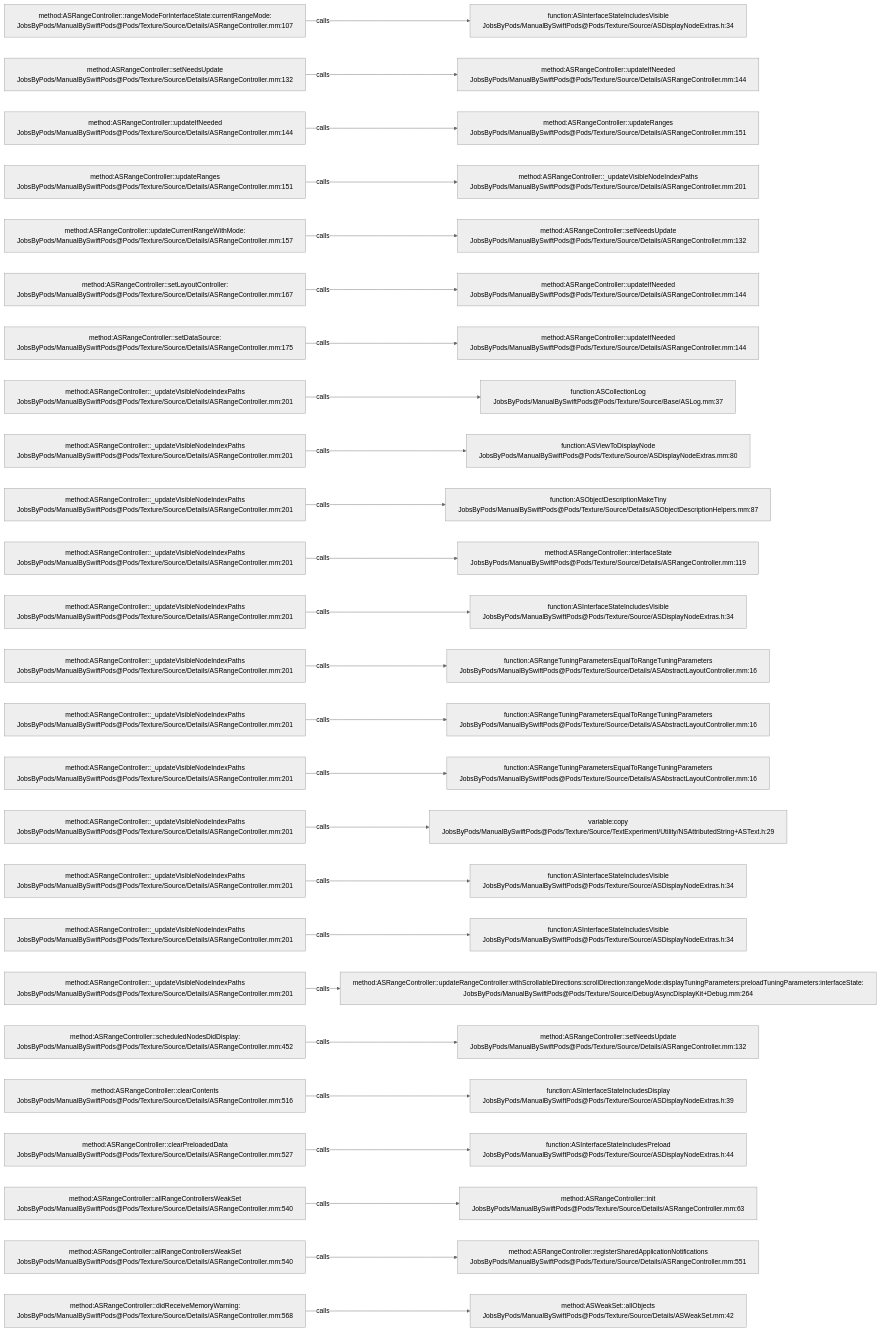
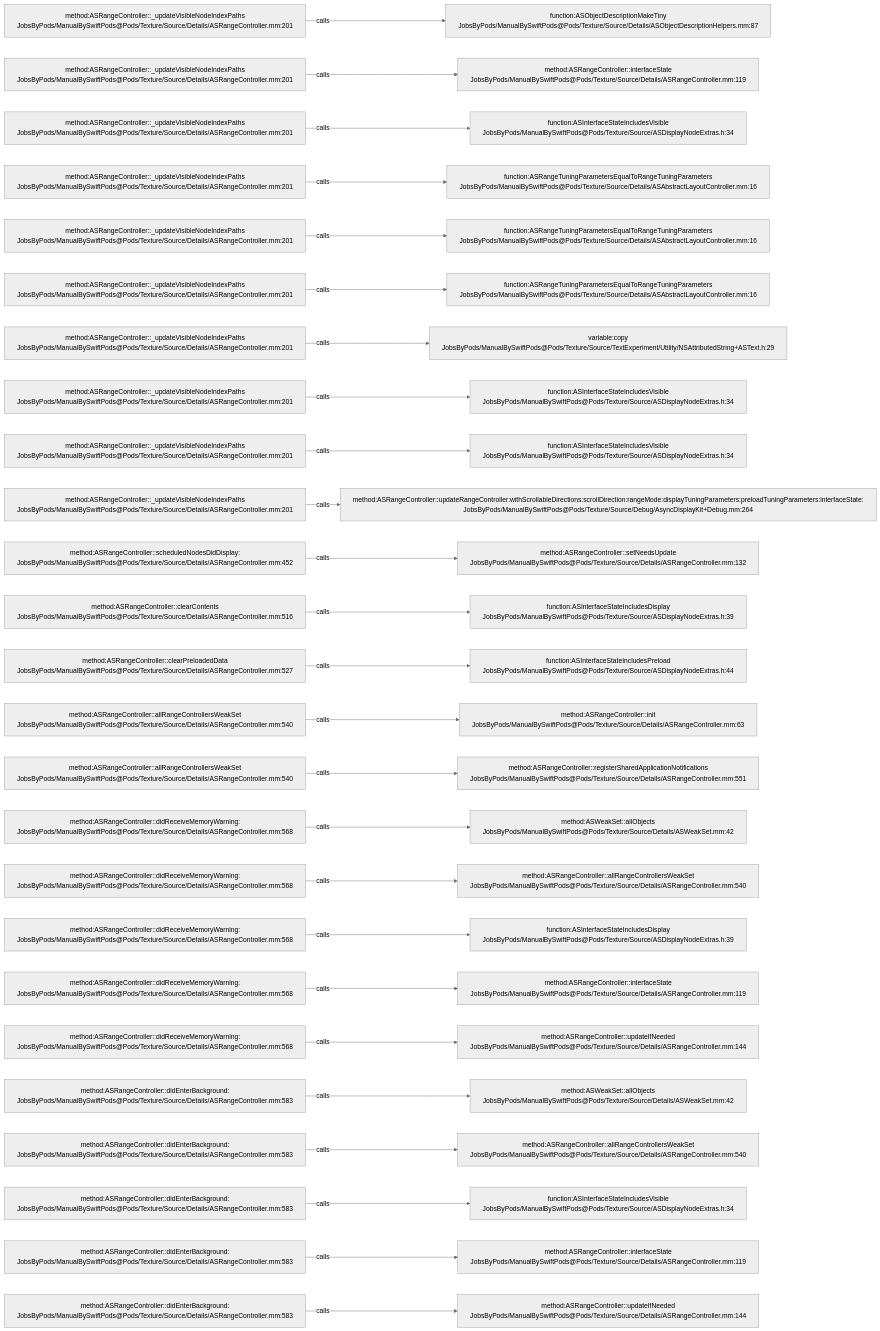
One commit to JobsKits/JobsSwiftBaseConfigDemo changed the diagram in .codegraph/codegraph.md/graphs/calls-094.md. Above: the diagram before and after it, drawn with Mermaid (neutral theme). The commit also changed 707 other files, not shown here.

````diff
--- a/.codegraph/codegraph.md/graphs/calls-094.md
+++ b/.codegraph/codegraph.md/graphs/calls-094.md
@@ -13,78 +13,78 @@
 ```mermaid
 flowchart LR
-  S1["method:ASRangeController::rangeModeForInterfaceState:currentRangeMode:<br/>JobsByPods/ManualBySwiftPods@Pods/Texture/Source/Details/ASRangeController.mm:107"]
-  T1["function:ASInterfaceStateIncludesVisible<br/>JobsByPods/ManualBySwiftPods@Pods/Texture/Source/ASDisplayNodeExtras.h:34"]
+  S1["method:ASRangeController::_updateVisibleNodeIndexPaths<br/>JobsByPods/ManualBySwiftPods@Pods/Texture/Source/Details/ASRangeController.mm:201"]
+  T1["function:ASObjectDescriptionMakeTiny<br/>JobsByPods/ManualBySwiftPods@Pods/Texture/Source/Details/ASObjectDescriptionHelpers.mm:87"]
   S1 -->|calls| T1
-  S2["method:ASRangeController::setNeedsUpdate<br/>JobsByPods/ManualBySwiftPods@Pods/Texture/Source/Details/ASRangeController.mm:132"]
-  T2["method:ASRangeController::updateIfNeeded<br/>JobsByPods/ManualBySwiftPods@Pods/Texture/Source/Details/ASRangeController.mm:144"]
+  S2["method:ASRangeController::_updateVisibleNodeIndexPaths<br/>JobsByPods/ManualBySwiftPods@Pods/Texture/Source/Details/ASRangeController.mm:201"]
+  T2["method:ASRangeController::interfaceState<br/>JobsByPods/ManualBySwiftPods@Pods/Texture/Source/Details/ASRangeController.mm:119"]
   S2 -->|calls| T2
-  S3["method:ASRangeController::updateIfNeeded<br/>JobsByPods/ManualBySwiftPods@Pods/Texture/Source/Details/ASRangeController.mm:144"]
-  T3["method:ASRangeController::updateRanges<br/>JobsByPods/ManualBySwiftPods@Pods/Texture/Source/Details/ASRangeController.mm:151"]
+  S3["method:ASRangeController::_updateVisibleNodeIndexPaths<br/>JobsByPods/ManualBySwiftPods@Pods/Texture/Source/Details/ASRangeController.mm:201"]
+  T3["function:ASInterfaceStateIncludesVisible<br/>JobsByPods/ManualBySwiftPods@Pods/Texture/Source/ASDisplayNodeExtras.h:34"]
   S3 -->|calls| T3
-  S4["method:ASRangeController::updateRanges<br/>JobsByPods/ManualBySwiftPods@Pods/Texture/Source/Details/ASRangeController.mm:151"]
-  T4["method:ASRangeController::_updateVisibleNodeIndexPaths<br/>JobsByPods/ManualBySwiftPods@Pods/Texture/Source/Details/ASRangeController.mm:201"]
+  S4["method:ASRangeController::_updateVisibleNodeIndexPaths<br/>JobsByPods/ManualBySwiftPods@Pods/Texture/Source/Details/ASRangeController.mm:201"]
+  T4["function:ASRangeTuningParametersEqualToRangeTuningParameters<br/>JobsByPods/ManualBySwiftPods@Pods/Texture/Source/Details/ASAbstractLayoutController.mm:16"]
   S4 -->|calls| T4
-  S5["method:ASRangeController::updateCurrentRangeWithMode:<br/>JobsByPods/ManualBySwiftPods@Pods/Texture/Source/Details/ASRangeController.mm:157"]
-  T5["method:ASRangeController::setNeedsUpdate<br/>JobsByPods/ManualBySwiftPods@Pods/Texture/Source/Details/ASRangeController.mm:132"]
+  S5["method:ASRangeController::_updateVisibleNodeIndexPaths<br/>JobsByPods/ManualBySwiftPods@Pods/Texture/Source/Details/ASRangeController.mm:201"]
+  T5["function:ASRangeTuningParametersEqualToRangeTuningParameters<br/>JobsByPods/ManualBySwiftPods@Pods/Texture/Source/Details/ASAbstractLayoutController.mm:16"]
   S5 -->|calls| T5
-  S6["method:ASRangeController::setLayoutController:<br/>JobsByPods/ManualBySwiftPods@Pods/Texture/Source/Details/ASRangeController.mm:167"]
-  T6["method:ASRangeController::updateIfNeeded<br/>JobsByPods/ManualBySwiftPods@Pods/Texture/Source/Details/ASRangeController.mm:144"]
+  S6["method:ASRangeController::_updateVisibleNodeIndexPaths<br/>JobsByPods/ManualBySwiftPods@Pods/Texture/Source/Details/ASRangeController.mm:201"]
+  T6["function:ASRangeTuningParametersEqualToRangeTuningParameters<br/>JobsByPods/ManualBySwiftPods@Pods/Texture/Source/Details/ASAbstractLayoutController.mm:16"]
   S6 -->|calls| T6
-  S7["method:ASRangeController::setDataSource:<br/>JobsByPods/ManualBySwiftPods@Pods/Texture/Source/Details/ASRangeController.mm:175"]
-  T7["method:ASRangeController::updateIfNeeded<br/>JobsByPods/ManualBySwiftPods@Pods/Texture/Source/Details/ASRangeController.mm:144"]
+  S7["method:ASRangeController::_updateVisibleNodeIndexPaths<br/>JobsByPods/ManualBySwiftPods@Pods/Texture/Source/Details/ASRangeController.mm:201"]
+  T7["variable:copy<br/>JobsByPods/ManualBySwiftPods@Pods/Texture/Source/TextExperiment/Utility/NSAttributedString+ASText.h:29"]
   S7 -->|calls| T7
   S8["method:ASRangeController::_updateVisibleNodeIndexPaths<br/>JobsByPods/ManualBySwiftPods@Pods/Texture/Source/Details/ASRangeController.mm:201"]
-  T8["function:ASCollectionLog<br/>JobsByPods/ManualBySwiftPods@Pods/Texture/Source/Base/ASLog.mm:37"]
+  T8["function:ASInterfaceStateIncludesVisible<br/>JobsByPods/ManualBySwiftPods@Pods/Texture/Source/ASDisplayNodeExtras.h:34"]
   S8 -->|calls| T8
   S9["method:ASRangeController::_updateVisibleNodeIndexPaths<br/>JobsByPods/ManualBySwiftPods@Pods/Texture/Source/Details/ASRangeController.mm:201"]
-  T9["function:ASViewToDisplayNode<br/>JobsByPods/ManualBySwiftPods@Pods/Texture/Source/ASDisplayNodeExtras.mm:80"]
+  T9["function:ASInterfaceStateIncludesVisible<br/>JobsByPods/ManualBySwiftPods@Pods/Texture/Source/ASDisplayNodeExtras.h:34"]
   S9 -->|calls| T9
   S10["method:ASRangeController::_updateVisibleNodeIndexPaths<br/>JobsByPods/ManualBySwiftPods@Pods/Texture/Source/Details/ASRangeController.mm:201"]
-  T10["function:ASObjectDescriptionMakeTiny<br/>JobsByPods/ManualBySwiftPods@Pods/Texture/Source/Details/ASObjectDescriptionHelpers.mm:87"]
+  T10["method:ASRangeController::updateRangeController:withScrollableDirections:scrollDirection:rangeMode:displayTuningParameters:preloadTuningParameters:interfaceState:<br/>JobsByPods/ManualBySwiftPods@Pods/Texture/Source/Debug/AsyncDisplayKit+Debug.mm:264"]
   S10 -->|calls| T10
-  S11["method:ASRangeController::_updateVisibleNodeIndexPaths<br/>JobsByPods/ManualBySwiftPods@Pods/Texture/Source/Details/ASRangeController.mm:201"]
-  T11["method:ASRangeController::interfaceState<br/>JobsByPods/ManualBySwiftPods@Pods/Texture/Source/Details/ASRangeController.mm:119"]
+  S11["method:ASRangeController::scheduledNodesDidDisplay:<br/>JobsByPods/ManualBySwiftPods@Pods/Texture/Source/Details/ASRangeController.mm:452"]
+  T11["method:ASRangeController::setNeedsUpdate<br/>JobsByPods/ManualBySwiftPods@Pods/Texture/Source/Details/ASRangeController.mm:132"]
   S11 -->|calls| T11
-  S12["method:ASRangeController::_updateVisibleNodeIndexPaths<br/>JobsByPods/ManualBySwiftPods@Pods/Texture/Source/Details/ASRangeController.mm:201"]
-  T12["function:ASInterfaceStateIncludesVisible<br/>JobsByPods/ManualBySwiftPods@Pods/Texture/Source/ASDisplayNodeExtras.h:34"]
+  S12["method:ASRangeController::clearContents<br/>JobsByPods/ManualBySwiftPods@Pods/Texture/Source/Details/ASRangeController.mm:516"]
+  T12["function:ASInterfaceStateIncludesDisplay<br/>JobsByPods/ManualBySwiftPods@Pods/Texture/Source/ASDisplayNodeExtras.h:39"]
   S12 -->|calls| T12
-  S13["method:ASRangeController::_updateVisibleNodeIndexPaths<br/>JobsByPods/ManualBySwiftPods@Pods/Texture/Source/Details/ASRangeController.mm:201"]
-  T13["function:ASRangeTuningParametersEqualToRangeTuningParameters<br/>JobsByPods/ManualBySwiftPods@Pods/Texture/Source/Details/ASAbstractLayoutController.mm:16"]
+  S13["method:ASRangeController::clearPreloadedData<br/>JobsByPods/ManualBySwiftPods@Pods/Texture/Source/Details/ASRangeController.mm:527"]
+  T13["function:ASInterfaceStateIncludesPreload<br/>JobsByPods/ManualBySwiftPods@Pods/Texture/Source/ASDisplayNodeExtras.h:44"]
   S13 -->|calls| T13
-  S14["method:ASRangeController::_updateVisibleNodeIndexPaths<br/>JobsByPods/ManualBySwiftPods@Pods/Texture/Source/Details/ASRangeController.mm:201"]
-  T14["function:ASRangeTuningParametersEqualToRangeTuningParameters<br/>JobsByPods/ManualBySwiftPods@Pods/Texture/Source/Details/ASAbstractLayoutController.mm:16"]
+  S14["method:ASRangeController::allRangeControllersWeakSet<br/>JobsByPods/ManualBySwiftPods@Pods/Texture/Source/Details/ASRangeController.mm:540"]
+  T14["method:ASRangeController::init<br/>JobsByPods/ManualBySwiftPods@Pods/Texture/Source/Details/ASRangeController.mm:63"]
   S14 -->|calls| T14
-  S15["method:ASRangeController::_updateVisibleNodeIndexPaths<br/>JobsByPods/ManualBySwiftPods@Pods/Texture/Source/Details/ASRangeController.mm:201"]
-  T15["function:ASRangeTuningParametersEqualToRangeTuningParameters<br/>JobsByPods/ManualBySwiftPods@Pods/Texture/Source/Details/ASAbstractLayoutController.mm:16"]
+  S15["method:ASRangeController::allRangeControllersWeakSet<br/>JobsByPods/ManualBySwiftPods@Pods/Texture/Source/Details/ASRangeController.mm:540"]
+  T15["method:ASRangeController::registerSharedApplicationNotifications<br/>JobsByPods/ManualBySwiftPods@Pods/Texture/Source/Details/ASRangeController.mm:551"]
   S15 -->|calls| T15
-  S16["method:ASRangeController::_updateVisibleNodeIndexPaths<br/>JobsByPods/ManualBySwiftPods@Pods/Texture/Source/Details/ASRangeController.mm:201"]
-  T16["variable:copy<br/>JobsByPods/ManualBySwiftPods@Pods/Texture/Source/TextExperiment/Utility/NSAttributedString+ASText.h:29"]
+  S16["method:ASRangeController::didReceiveMemoryWarning:<br/>JobsByPods/ManualBySwiftPods@Pods/Texture/Source/Details/ASRangeController.mm:568"]
+  T16["method:ASWeakSet::allObjects<br/>JobsByPods/ManualBySwiftPods@Pods/Texture/Source/Details/ASWeakSet.mm:42"]
   S16 -->|calls| T16
-  S17["method:ASRangeController::_updateVisibleNodeIndexPaths<br/>JobsByPods/ManualBySwiftPods@Pods/Texture/Source/Details/ASRangeController.mm:201"]
-  T17["function:ASInterfaceStateIncludesVisible<br/>JobsByPods/ManualBySwiftPods@Pods/Texture/Source/ASDisplayNodeExtras.h:34"]
+  S17["method:ASRangeController::didReceiveMemoryWarning:<br/>JobsByPods/ManualBySwiftPods@Pods/Texture/Source/Details/ASRangeController.mm:568"]
+  T17["method:ASRangeController::allRangeControllersWeakSet<br/>JobsByPods/ManualBySwiftPods@Pods/Texture/Source/Details/ASRangeController.mm:540"]
   S17 -->|calls| T17
-  S18["method:ASRangeController::_updateVisibleNodeIndexPaths<br/>JobsByPods/ManualBySwiftPods@Pods/Texture/Source/Details/ASRangeController.mm:201"]
-  T18["function:ASInterfaceStateIncludesVisible<br/>JobsByPods/ManualBySwiftPods@Pods/Texture/Source/ASDisplayNodeExtras.h:34"]
+  S18["method:ASRangeController::didReceiveMemoryWarning:<br/>JobsByPods/ManualBySwiftPods@Pods/Texture/Source/Details/ASRangeController.mm:568"]
+  T18["function:ASInterfaceStateIncludesDisplay<br/>JobsByPods/ManualBySwiftPods@Pods/Texture/Source/ASDisplayNodeExtras.h:39"]
   S18 -->|calls| T18
-  S19["method:ASRangeController::_updateVisibleNodeIndexPaths<br/>JobsByPods/ManualBySwiftPods@Pods/Texture/Source/Details/ASRangeController.mm:201"]
-  T19["method:ASRangeController::updateRangeController:withScrollableDirections:scrollDirection:rangeMode:displayTuningParameters:preloadTuningParameters:interfaceState:<br/>JobsByPods/ManualBySwiftPods@Pods/Texture/Source/Debug/AsyncDisplayKit+Debug.mm:264"]
+  S19["method:ASRangeController::didReceiveMemoryWarning:<br/>JobsByPods/ManualBySwiftPods@Pods/Texture/Source/Details/ASRangeController.mm:568"]
+  T19["method:ASRangeController::interfaceState<br/>JobsByPods/ManualBySwiftPods@Pods/Texture/Source/Details/ASRangeController.mm:119"]
   S19 -->|calls| T19
-  S20["method:ASRangeController::scheduledNodesDidDisplay:<br/>JobsByPods/ManualBySwiftPods@Pods/Texture/Source/Details/ASRangeController.mm:452"]
-  T20["method:ASRangeController::setNeedsUpdate<br/>JobsByPods/ManualBySwiftPods@Pods/Texture/Source/Details/ASRangeController.mm:132"]
+  S20["method:ASRangeController::didReceiveMemoryWarning:<br/>JobsByPods/ManualBySwiftPods@Pods/Texture/Source/Details/ASRangeController.mm:568"]
+  T20["method:ASRangeController::updateIfNeeded<br/>JobsByPods/ManualBySwiftPods@Pods/Texture/Source/Details/ASRangeController.mm:144"]
   S20 -->|calls| T20
-  S21["method:ASRangeController::clearContents<br/>JobsByPods/ManualBySwiftPods@Pods/Texture/Source/Details/ASRangeController.mm:516"]
-  T21["function:ASInterfaceStateIncludesDisplay<br/>JobsByPods/ManualBySwiftPods@Pods/Texture/Source/ASDisplayNodeExtras.h:39"]
+  S21["method:ASRangeController::didEnterBackground:<br/>JobsByPods/ManualBySwiftPods@Pods/Texture/Source/Details/ASRangeController.mm:583"]
+  T21["method:ASWeakSet::allObjects<br/>JobsByPods/ManualBySwiftPods@Pods/Texture/Source/Details/ASWeakSet.mm:42"]
   S21 -->|calls| T21
-  S22["method:ASRangeController::clearPreloadedData<br/>JobsByPods/ManualBySwiftPods@Pods/Texture/Source/Details/ASRangeController.mm:527"]
-  T22["function:ASInterfaceStateIncludesPreload<br/>JobsByPods/ManualBySwiftPods@Pods/Texture/Source/ASDisplayNodeExtras.h:44"]
+  S22["method:ASRangeController::didEnterBackground:<br/>JobsByPods/ManualBySwiftPods@Pods/Texture/Source/Details/ASRangeController.mm:583"]
+  T22["method:ASRangeController::allRangeControllersWeakSet<br/>JobsByPods/ManualBySwiftPods@Pods/Texture/Source/Details/ASRangeController.mm:540"]
   S22 -->|calls| T22
-  S23["method:ASRangeController::allRangeControllersWeakSet<br/>JobsByPods/ManualBySwiftPods@Pods/Texture/Source/Details/ASRangeController.mm:540"]
-  T23["method:ASRangeController::init<br/>JobsByPods/ManualBySwiftPods@Pods/Texture/Source/Details/ASRangeController.mm:63"]
+  S23["method:ASRangeController::didEnterBackground:<br/>JobsByPods/ManualBySwiftPods@Pods/Texture/Source/Details/ASRangeController.mm:583"]
+  T23["function:ASInterfaceStateIncludesVisible<br/>JobsByPods/ManualBySwiftPods@Pods/Texture/Source/ASDisplayNodeExtras.h:34"]
   S23 -->|calls| T23
-  S24["method:ASRangeController::allRangeControllersWeakSet<br/>JobsByPods/ManualBySwiftPods@Pods/Texture/Source/Details/ASRangeController.mm:540"]
-  T24["method:ASRangeController::registerSharedApplicationNotifications<br/>JobsByPods/ManualBySwiftPods@Pods/Texture/Source/Details/ASRangeController.mm:551"]
+  S24["method:ASRangeController::didEnterBackground:<br/>JobsByPods/ManualBySwiftPods@Pods/Texture/Source/Details/ASRangeController.mm:583"]
+  T24["method:ASRangeController::interfaceState<br/>JobsByPods/ManualBySwiftPods@Pods/Texture/Source/Details/ASRangeController.mm:119"]
   S24 -->|calls| T24
-  S25["method:ASRangeController::didReceiveMemoryWarning:<br/>JobsByPods/ManualBySwiftPods@Pods/Texture/Source/Details/ASRangeController.mm:568"]
-  T25["method:ASWeakSet::allObjects<br/>JobsByPods/ManualBySwiftPods@Pods/Texture/Source/Details/ASWeakSet.mm:42"]
+  S25["method:ASRangeController::didEnterBackground:<br/>JobsByPods/ManualBySwiftPods@Pods/Texture/Source/Details/ASRangeController.mm:583"]
+  T25["method:ASRangeController::updateIfNeeded<br/>JobsByPods/ManualBySwiftPods@Pods/Texture/Source/Details/ASRangeController.mm:144"]
   S25 -->|calls| T25
 ```
````
